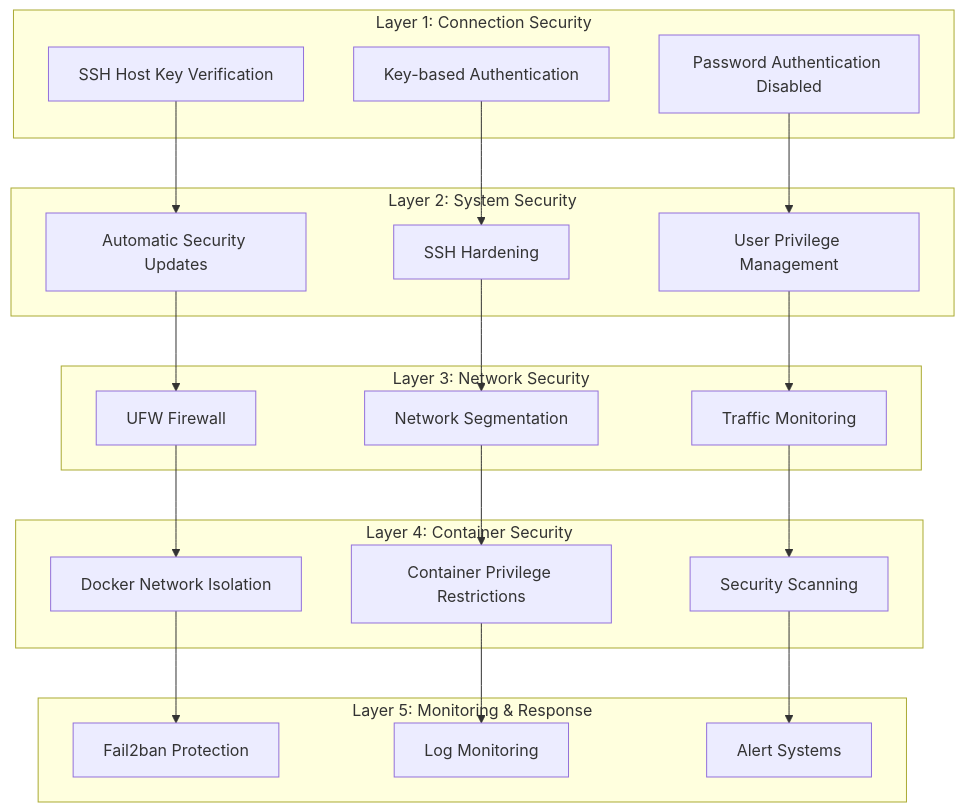
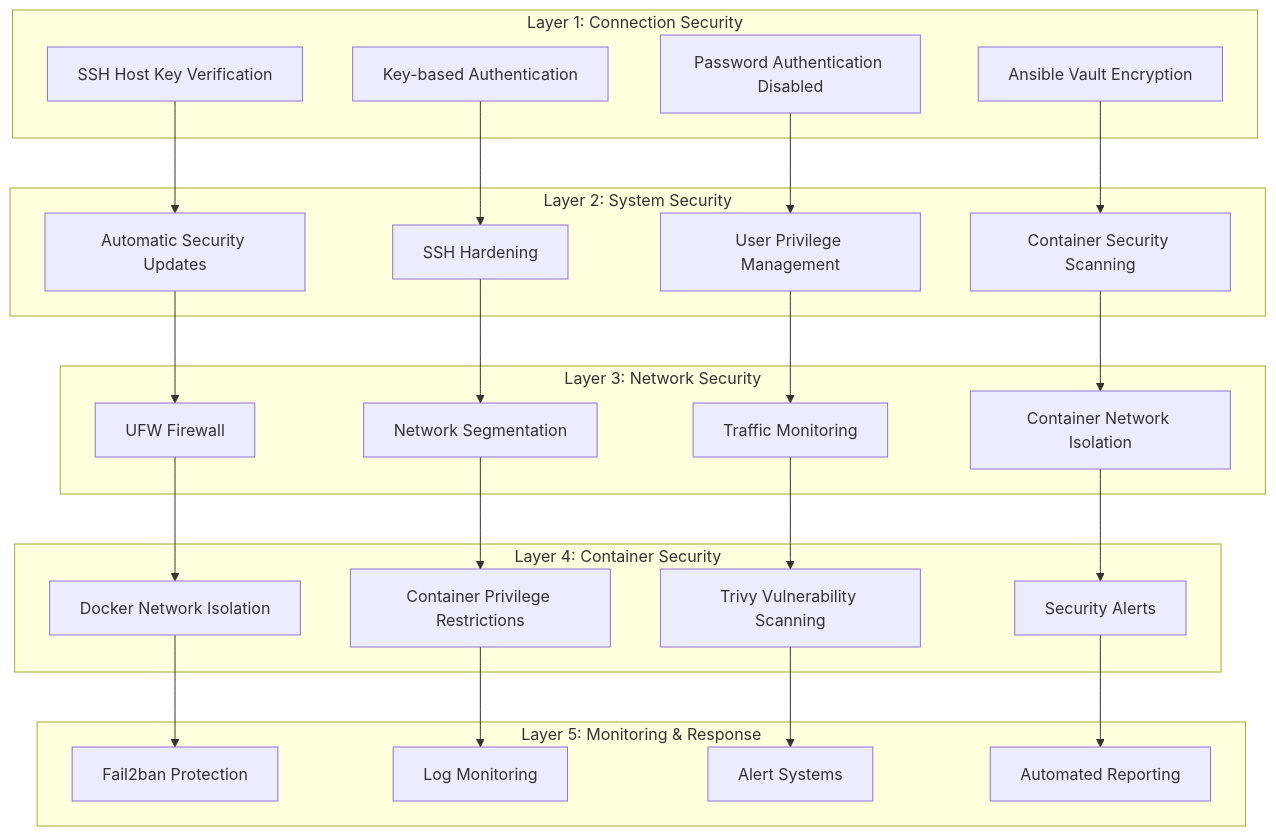
One commit to eduardoshanahan/devcontainers-deploy-docker changed the diagram in documentation/SECURITY.md. Above: the diagram before and after it, drawn with Mermaid. The commit also changed other lines of this file and 9 other files, not shown here.

````diff
--- a/documentation/SECURITY.md
+++ b/documentation/SECURITY.md
@@ -11,45 +11,54 @@
 ```mermaid
 graph TB
     subgraph "Layer 1: Connection Security"
         A[SSH Host Key Verification]
         B[Key-based Authentication]
         C[Password Authentication Disabled]
+        D[Ansible Vault Encryption]
     end
     
     subgraph "Layer 2: System Security"
-        D[Automatic Security Updates]
-        E[SSH Hardening]
-        F[User Privilege Management]
+        E[Automatic Security Updates]
+        F[SSH Hardening]
+        G[User Privilege Management]
+        H[Container Security Scanning]
     end
     
     subgraph "Layer 3: Network Security"
-        G[UFW Firewall]
-        H[Network Segmentation]
-        I[Traffic Monitoring]
+        I[UFW Firewall]
+        J[Network Segmentation]
+        K[Traffic Monitoring]
+        L[Container Network Isolation]
     end
     
     subgraph "Layer 4: Container Security"
-        J[Docker Network Isolation]
-        K[Container Privilege Restrictions]
-        L[Security Scanning]
+        M[Docker Network Isolation]
+        N[Container Privilege Restrictions]
+        O[Trivy Vulnerability Scanning]
+        P[Security Alerts]
     end
     
     subgraph "Layer 5: Monitoring & Response"
-        M[Fail2ban Protection]
-        N[Log Monitoring]
-        O[Alert Systems]
+        Q[Fail2ban Protection]
+        R[Log Monitoring]
+        S[Alert Systems]
+        T[Automated Reporting]
     end
     
-    A --> D
-    B --> E
-    C --> F
-    D --> G
-    E --> H
-    F --> I
-    G --> J
-    H --> K
-    I --> L
-    J --> M
-    K --> N
-    L --> O
+    A --> E
+    B --> F
+    C --> G
+    D --> H
+    E --> I
+    F --> J
+    G --> K
+    H --> L
+    I --> M
+    J --> N
+    K --> O
+    L --> P
+    M --> Q
+    N --> R
+    O --> S
+    P --> T
 ```
````
